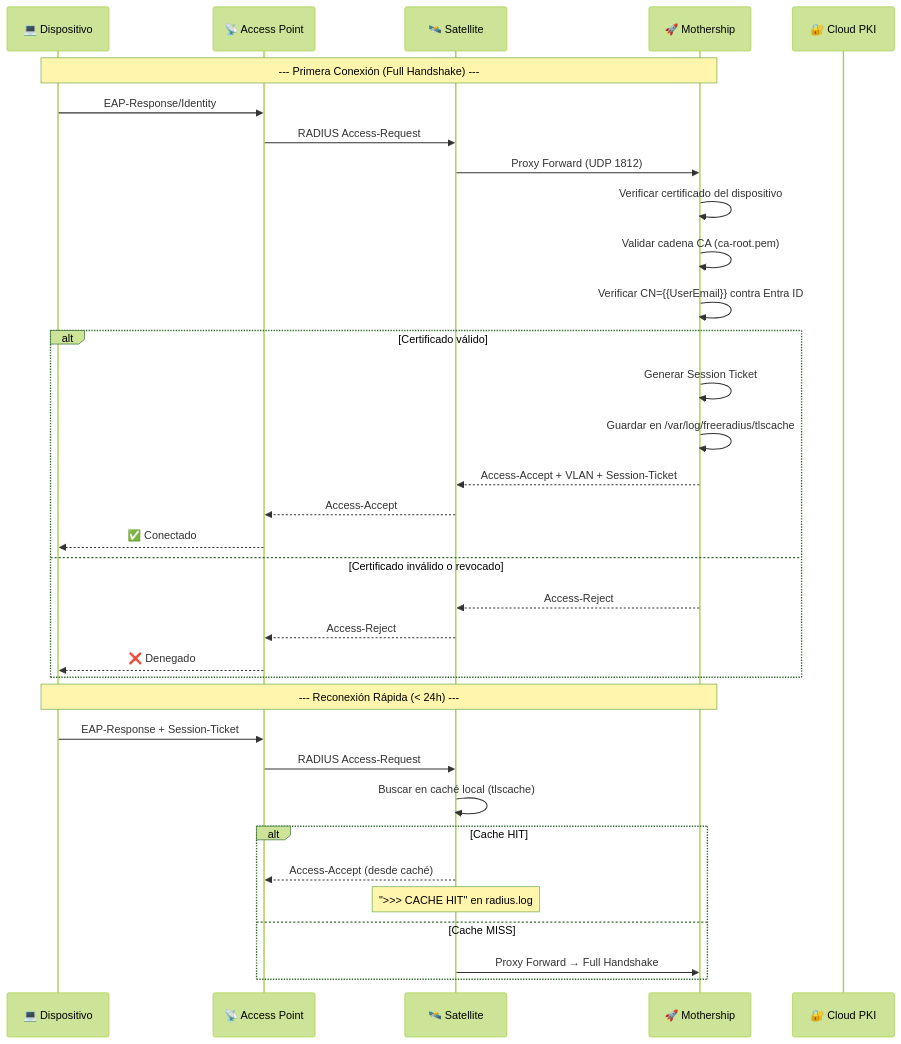
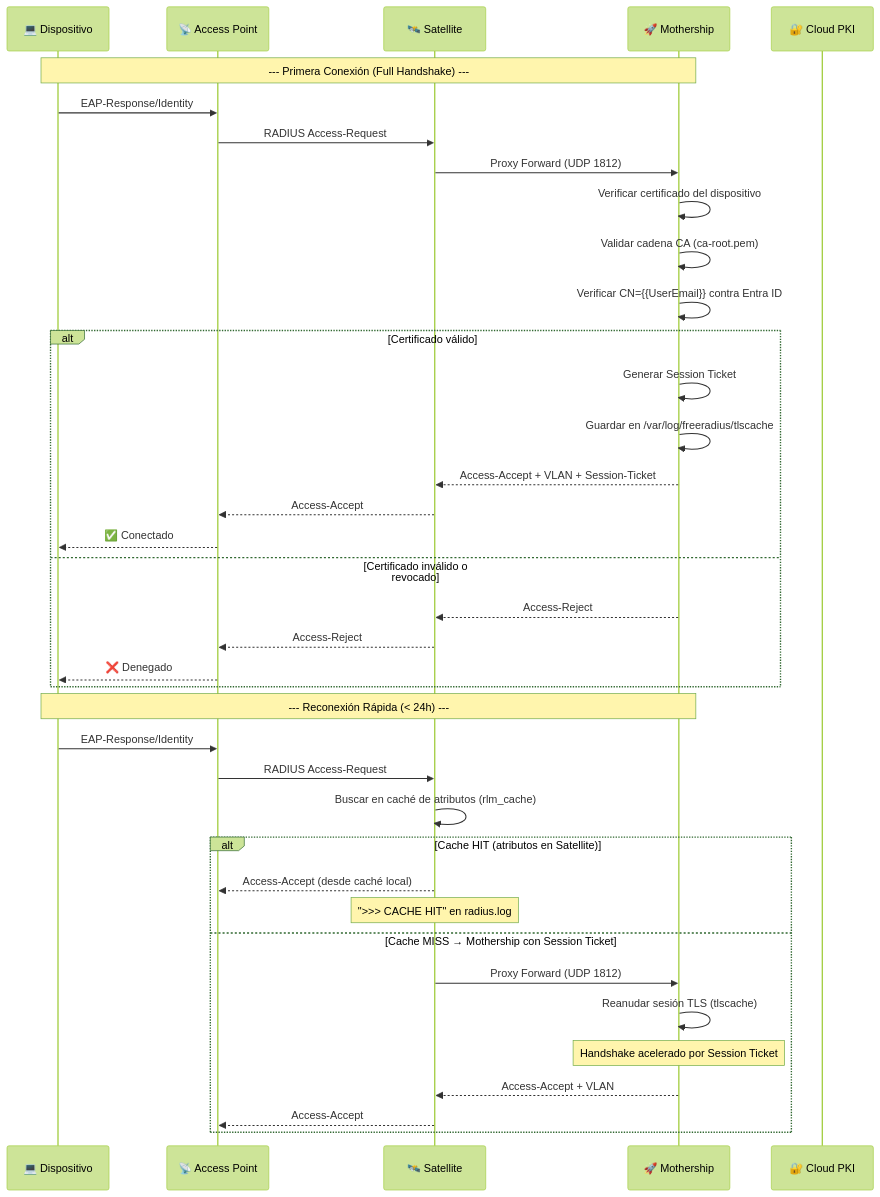
One commit to UPeU-CRAI/upeu-mothership-radius changed the second of 3 diagrams in docs/02-mothership-aws/configuracion-radius.md. Above: the diagram before and after it, drawn with Mermaid (forest theme). The commit also changed other lines of this file and 5 other files, not shown here.

````diff
--- a/docs/02-mothership-aws/configuracion-radius.md
+++ b/docs/02-mothership-aws/configuracion-radius.md
@@ -34,43 +34,47 @@
 ```mermaid
 sequenceDiagram
     participant D as 💻 Dispositivo
     participant AP as 📡 Access Point
     participant S as 🛰️ Satellite
     participant M as 🚀 Mothership
     participant CA as 🔐 Cloud PKI
 
     Note over D,M: --- Primera Conexión (Full Handshake) ---
 
     D->>AP: EAP-Response/Identity
     AP->>S: RADIUS Access-Request
     S->>M: Proxy Forward (UDP 1812)
     
     M->>M: Verificar certificado del dispositivo
     M->>M: Validar cadena CA (ca-root.pem)
     M->>M: Verificar CN={{UserEmail}} contra Entra ID
     
     alt Certificado válido
         M->>M: Generar Session Ticket
         M->>M: Guardar en /var/log/freeradius/tlscache
         M-->>S: Access-Accept + VLAN + Session-Ticket
         S-->>AP: Access-Accept
         AP-->>D: ✅ Conectado
     else Certificado inválido o revocado
         M-->>S: Access-Reject
         S-->>AP: Access-Reject
         AP-->>D: ❌ Denegado
     end
 
     Note over D,M: --- Reconexión Rápida (< 24h) ---
 
-    D->>AP: EAP-Response + Session-Ticket
+    D->>AP: EAP-Response/Identity
     AP->>S: RADIUS Access-Request
-    S->>S: Buscar en caché local (tlscache)
-    
-    alt Cache HIT
-        S-->>AP: Access-Accept (desde caché)
+    S->>S: Buscar en caché de atributos (rlm_cache)
+
+    alt Cache HIT (atributos en Satellite)
+        S-->>AP: Access-Accept (desde caché local)
         Note over S: ">>> CACHE HIT" en radius.log
-    else Cache MISS
-        S->>M: Proxy Forward → Full Handshake
+    else Cache MISS → Mothership con Session Ticket
+        S->>M: Proxy Forward (UDP 1812)
+        M->>M: Reanudar sesión TLS (tlscache)
+        Note over M: Handshake acelerado por Session Ticket
+        M-->>S: Access-Accept + VLAN
+        S-->>AP: Access-Accept
     end
 ```
````
